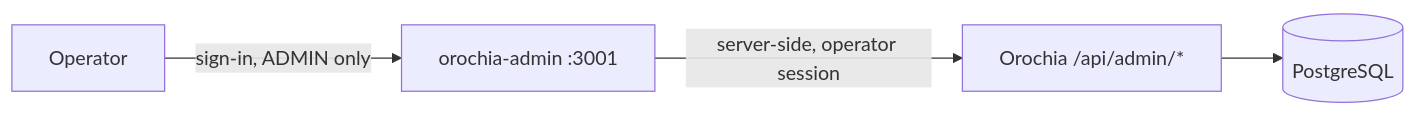
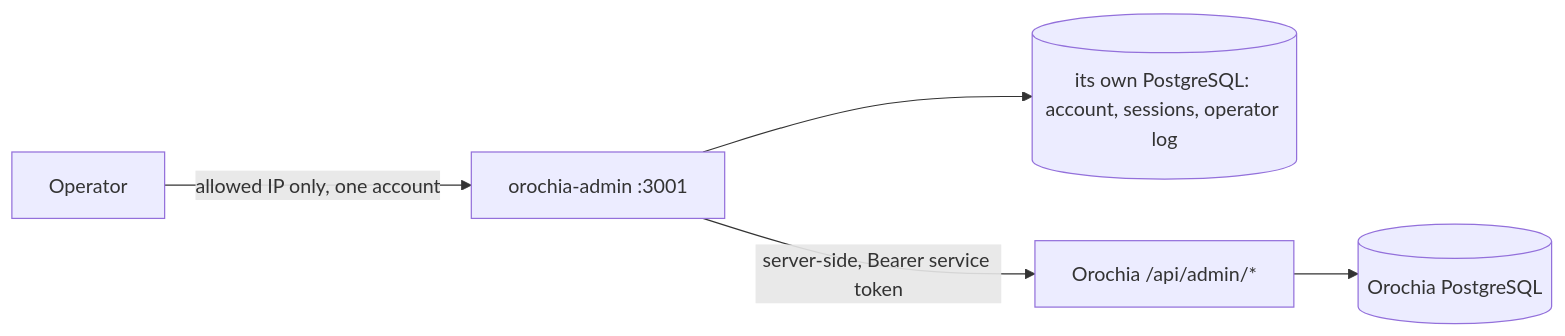
Before and after one commit to krizaka/orochia-admin: the diagram in README.md, drawn with Mermaid. The commit also changed other lines of this file and 18 other files, not shown here.

First line of the commit message:
feat: one operator account, its own database, an IP gate (#2)

````diff
--- a/README.md
+++ b/README.md
@@ -35,6 +38,7 @@
 ```mermaid
 flowchart LR
-    Operator -->|sign-in, ADMIN only| Console[orochia-admin :3001]
-    Console -->|server-side, operator session| API[Orochia /api/admin/*]
-    API --> DB[(PostgreSQL)]
+    Operator -->|allowed IP only, one account| Console[orochia-admin :3001]
+    Console --> Own[(its own PostgreSQL: account, sessions, operator log)]
+    Console -->|server-side, Bearer service token| API[Orochia /api/admin/*]
+    API --> DB[(Orochia PostgreSQL)]
 ```
````
